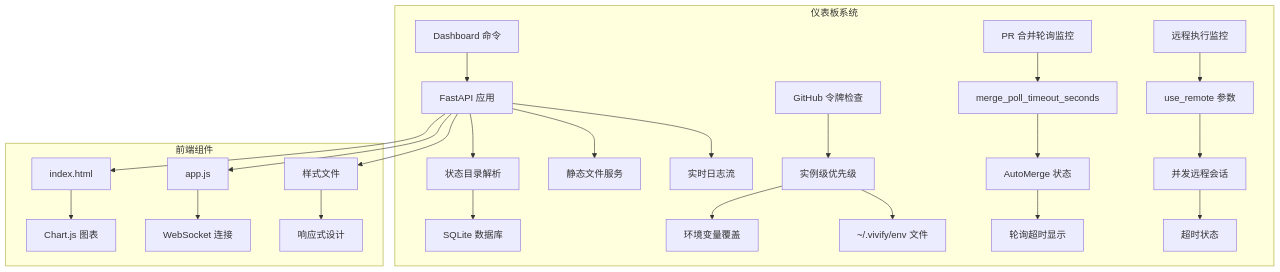
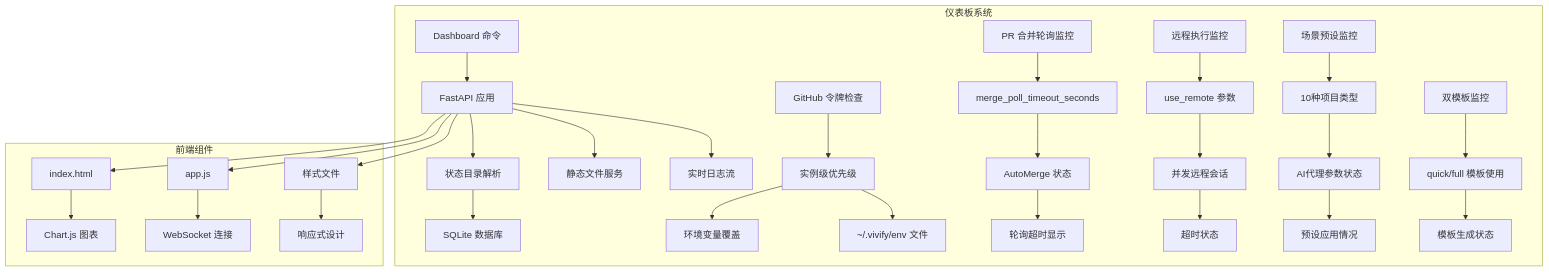
The seventh of 9 diagrams in .qoder/repowiki/zh/content/技术实现参考/配置文件更新/配置文件更新.md (pinsonchen/vivify), drawn with Mermaid before and after one commit. The commit also changed other lines of this file and 25 other files, not shown here.

````diff
--- a/.qoder/repowiki/zh/content/技术实现参考/配置文件更新/配置文件更新.md
+++ b/.qoder/repowiki/zh/content/技术实现参考/配置文件更新/配置文件更新.md
@@ -627,27 +631,32 @@
 ```mermaid
 graph TB
 subgraph "仪表板系统"
 A[Dashboard 命令] --> B[FastAPI 应用]
 B --> C[状态目录解析]
 C --> D[SQLite 数据库]
 B --> E[静态文件服务]
 B --> F[实时日志流]
 G[GitHub 令牌检查] --> H[实例级优先级]
 H --> I[环境变量覆盖]
 H --> J[~/.vivify/env 文件]
 K[PR 合并轮询监控] --> L[merge_poll_timeout_seconds]
 L --> M[AutoMerge 状态]
 M --> N[轮询超时显示]
 O[远程执行监控] --> P[use_remote 参数]
 P --> Q[并发远程会话]
 Q --> R[超时状态]
+S[场景预设监控] --> T[10种项目类型]
+T --> U[AI代理参数状态]
+U --> V[预设应用情况]
+W[双模板监控] --> X[quick/full 模板使用]
+X --> Y[模板生成状态]
 end
 subgraph "前端组件"
-S[index.html] --> T[Chart.js 图表]
-U[app.js] --> V[WebSocket 连接]
-W[样式文件] --> X[响应式设计]
+Z[index.html] --> AA[Chart.js 图表]
+AB[app.js] --> AC[WebSocket 连接]
+AD[样式文件] --> AE[响应式设计]
 end
-B --> S
-B --> U
-B --> W
+B --> Z
+B --> AB
+B --> AD
 ```
````
